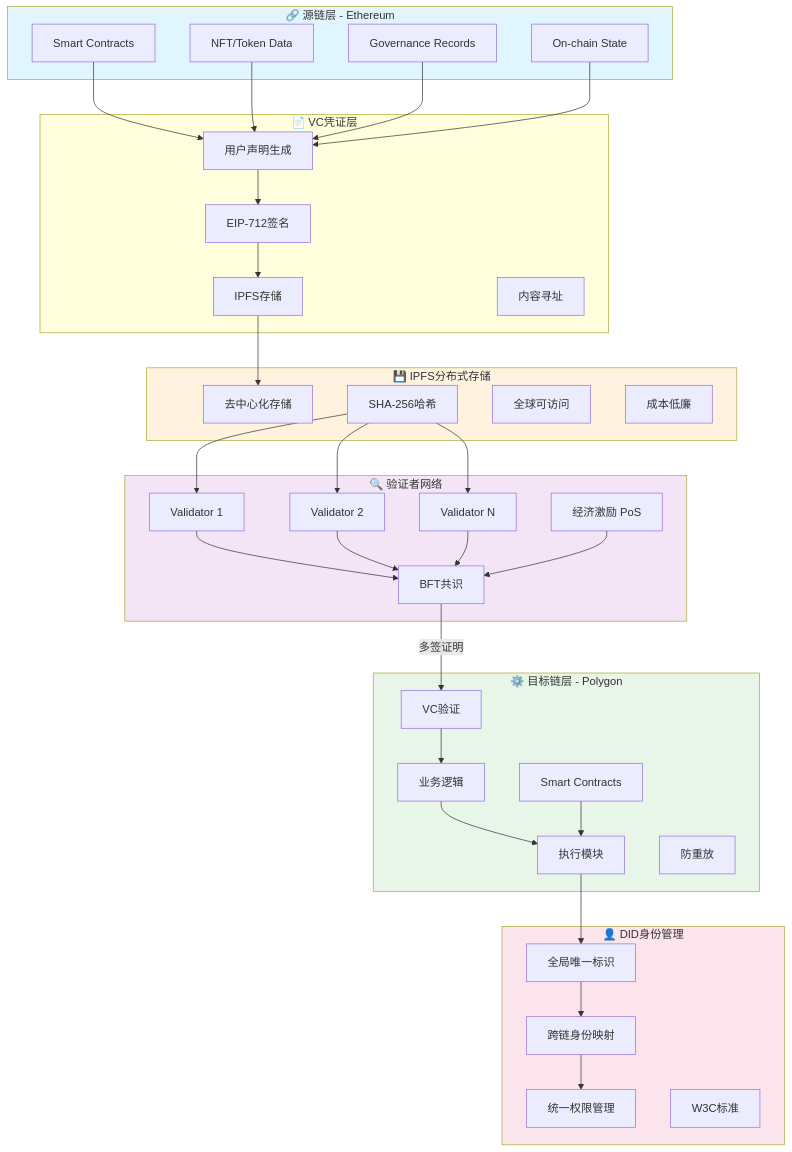
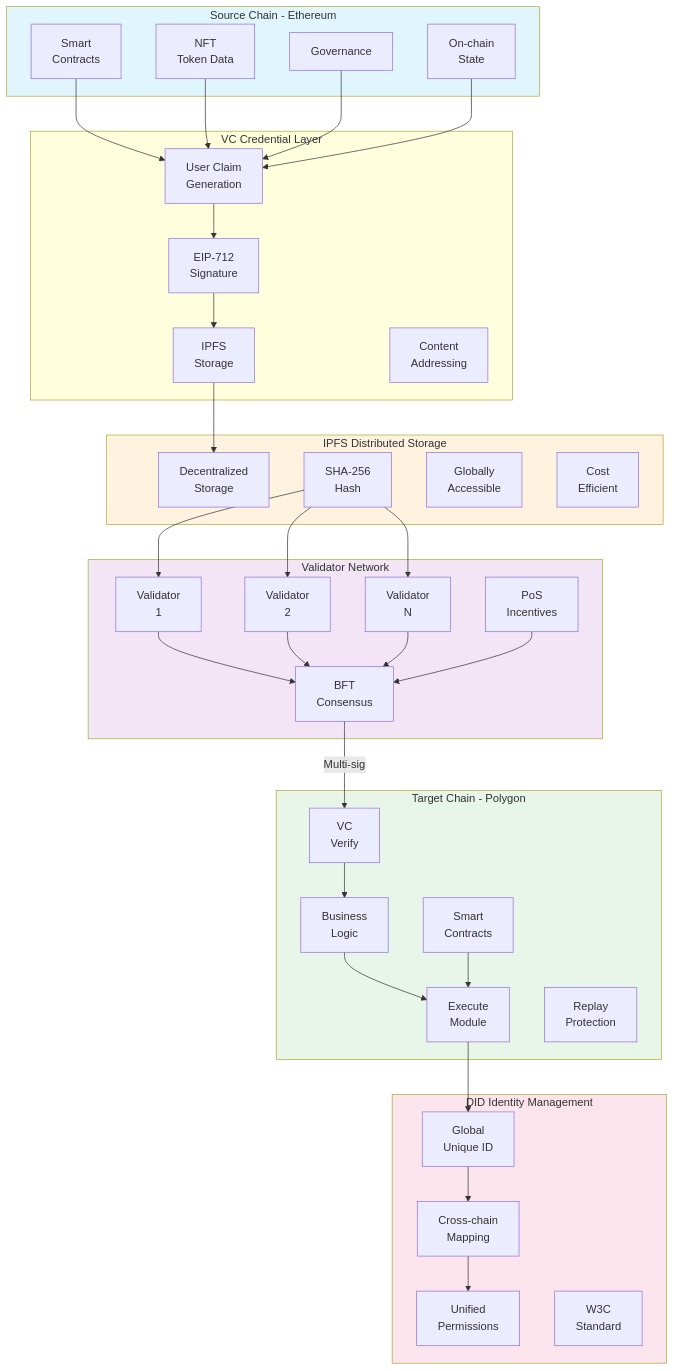
The second of 17 diagrams in src/jcc_blog/pic.md (JCCDex/jcc_document), drawn with Mermaid before and after one commit. The commit also changed other lines of this file, not shown here.

First line of the commit message:
Fix Mermaid 8.9.2 compatibility issues

````diff
--- a/src/jcc_blog/pic.md
+++ b/src/jcc_blog/pic.md
@@ -38,79 +38,79 @@
 ```mermaid
 graph TB
-    subgraph SourceChain["🔗 源链层 - Ethereum"]
-        A1["Smart Contracts"]
-        A2["NFT/Token Data"]
-        A3["Governance Records"]
-        A4["On-chain State"]
+    subgraph SourceChain["Source Chain - Ethereum"]
+        A1["Smart<br/>Contracts"]
+        A2["NFT<br/>Token Data"]
+        A3["Governance"]
+        A4["On-chain<br/>State"]
     end
     
-    subgraph VCLayer["📄 VC凭证层"]
-        B1["用户声明生成"]
-        B2["EIP-712签名"]
-        B3["IPFS存储"]
-        B4["内容寻址"]
+    subgraph VCLayer["VC Credential Layer"]
+        B1["User Claim<br/>Generation"]
+        B2["EIP-712<br/>Signature"]
+        B3["IPFS<br/>Storage"]
+        B4["Content<br/>Addressing"]
     end
     
-    subgraph IPFSLayer["💾 IPFS分布式存储"]
-        C1["去中心化存储"]
-        C2["SHA-256哈希"]
-        C3["全球可访问"]
-        C4["成本低廉"]
+    subgraph IPFSLayer["IPFS Distributed Storage"]
+        C1["Decentralized<br/>Storage"]
+        C2["SHA-256<br/>Hash"]
+        C3["Globally<br/>Accessible"]
+        C4["Cost<br/>Efficient"]
     end
     
-    subgraph ValidatorNet["🔍 验证者网络"]
-        D1["Validator 1"]
-        D2["Validator 2"]
-        D3["Validator N"]
-        D4["经济激励 PoS"]
-        D5["BFT共识"]
+    subgraph ValidatorNet["Validator Network"]
+        D1["Validator<br/>1"]
+        D2["Validator<br/>2"]
+        D3["Validator<br/>N"]
+        D4["PoS<br/>Incentives"]
+        D5["BFT<br/>Consensus"]
     end
     
-    subgraph TargetChain["⚙️ 目标链层 - Polygon"]
-        E1["Smart Contracts"]
-        E2["VC验证"]
-        E3["业务逻辑"]
-        E4["执行模块"]
-        E5["防重放"]
+    subgraph TargetChain["Target Chain - Polygon"]
+        E1["Smart<br/>Contracts"]
+        E2["VC<br/>Verify"]
+        E3["Business<br/>Logic"]
+        E4["Execute<br/>Module"]
+        E5["Replay<br/>Protection"]
     end
     
-    subgraph Identity["👤 DID身份管理"]
-        F1["全局唯一标识"]
-        F2["跨链身份映射"]
-        F3["统一权限管理"]
-        F4["W3C标准"]
+    subgraph Identity["DID Identity Management"]
+        F1["Global<br/>Unique ID"]
+        F2["Cross-chain<br/>Mapping"]
+        F3["Unified<br/>Permissions"]
+        F4["W3C<br/>Standard"]
     end
     
     A1 --> B1
     A2 --> B1
     A3 --> B1
     A4 --> B1
     
     B1 --> B2
     B2 --> B3
     B3 --> C1
     
     C2 --> D1
     C2 --> D2
     C2 --> D3
     
     D1 --> D5
     D2 --> D5
     D3 --> D5
     D4 --> D5
     
-    D5 -->|多签证明| E2
+    D5 -->|Multi-sig| E2
     E2 --> E3
     E3 --> E4
     E1 --> E4
     
     E4 --> F1
     F1 --> F2
     F2 --> F3
     
     style SourceChain fill:#e1f5ff
     style IPFSLayer fill:#fff3e0
     style ValidatorNet fill:#f3e5f5
     style TargetChain fill:#e8f5e9
     style Identity fill:#fce4ec
 ```
````
